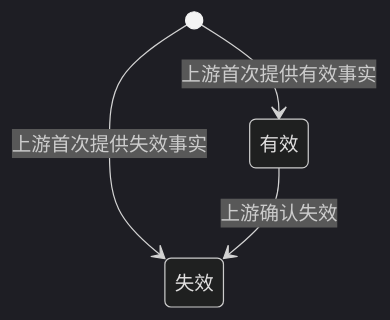
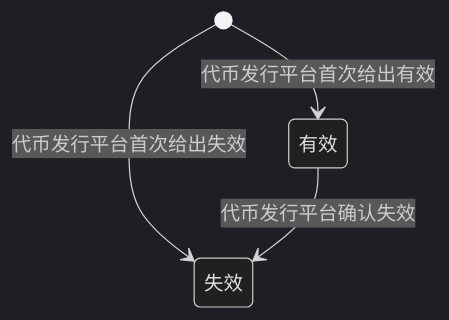
The fourth of 6 diagrams in lending-platform/PRD/面客端/04-资产广场-已上架代币只读域/02-资产广场-流程图与状态机.md (wxblockchain/Chain-Financing), drawn with Mermaid (dark theme) before and after one commit. The commit also changed other lines of this file and 5 other files, not shown here.

````diff
--- a/lending-platform/PRD/面客端/04-资产广场-已上架代币只读域/02-资产广场-流程图与状态机.md
+++ b/lending-platform/PRD/面客端/04-资产广场-已上架代币只读域/02-资产广场-流程图与状态机.md
@@ -79,8 +82,8 @@
 ```mermaid
 stateDiagram-v2
   state "有效" as Valid
   state "失效" as Invalid
-  [*] --> Valid: 上游首次提供有效事实
-  [*] --> Invalid: 上游首次提供失效事实
-  Valid --> Invalid: 上游确认失效
+  [*] --> Valid: 代币发行平台首次给出有效
+  [*] --> Invalid: 代币发行平台首次给出失效
+  Valid --> Invalid: 代币发行平台确认失效
 ```
````
